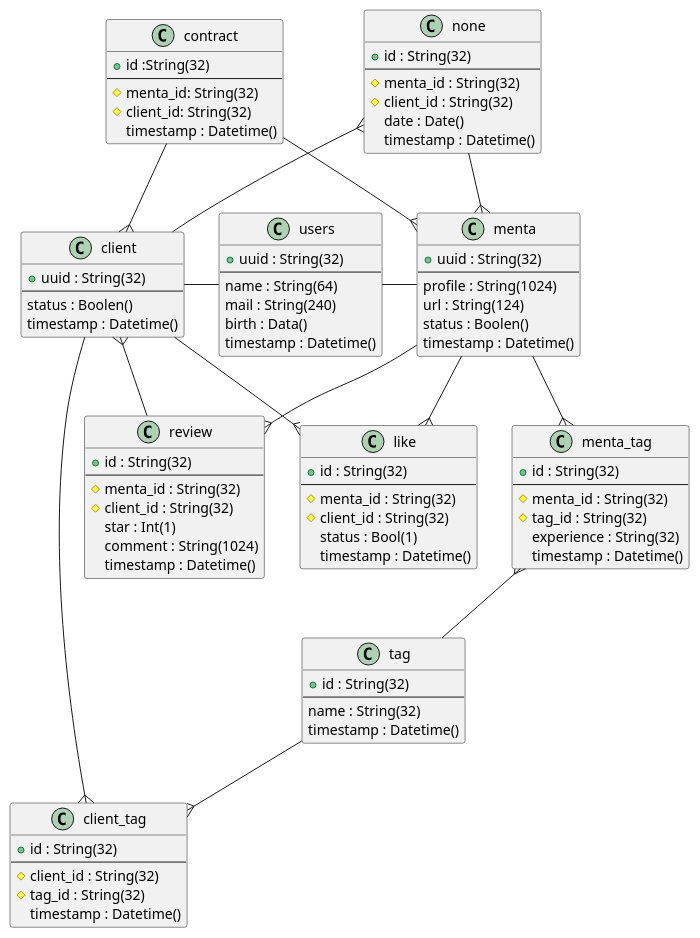
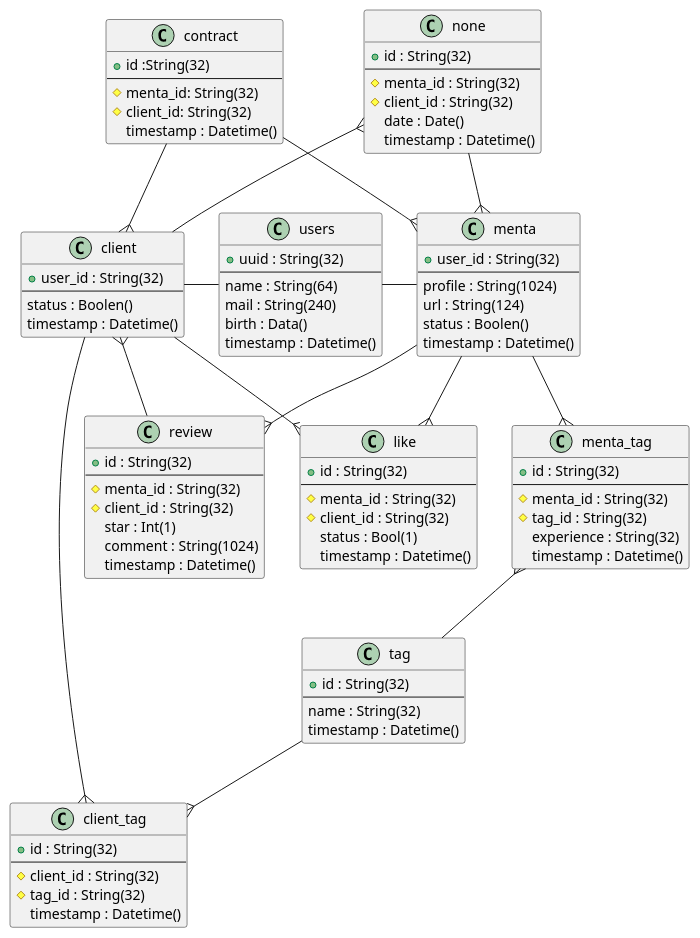
Before and after one commit to mitsuYashi/Mynt: the diagram in er.pu, drawn with PlantUML.

Commit message:
fix:db設計変更

```diff
--- a/er.pu
+++ b/er.pu
@@ -1,150 +1,150 @@
 @startuml ER
 
 class users {
     + uuid : String(32)
     ---
     name : String(64)
     mail : String(240)
     birth : Data()
     timestamp : Datetime()
 }
 /'
     全ユーザー
     birth: 誕生日
 '/
 
 class client {
-    + uuid : String(32)
+    + user_id : String(32)
     ---
     status : Boolen()
     timestamp : Datetime()
 }
 /'
     クライアント
     status: 有効状態
     false or true
 '/
 
 class menta {
-    + uuid : String(32)
+    + user_id : String(32)
     ---
     profile : String(1024)
     url : String(124)
     status : Boolen()
     timestamp : Datetime()
 }
 /'
     メンター
 
     profile: ポートフォリオ
     url:  youtube url
     status: 有効状態
     
     終了条件をプロフィールに明示する
     完了せずに契約終了した場合返金処理
 '/
 
 class review {
     + id : String(32)
     ---
     # menta_id : String(32)
     # client_id : String(32)
     star : Int(1)
     comment : String(1024)
     timestamp : Datetime()
 }
 
 class tag {
     + id : String(32)
     ---
     name : String(32)
     timestamp : Datetime()
 }
 /'
     分野
 '/
 
 class client_tag {
     + id : String(32)
     ---
     # client_id : String(32)
     # tag_id : String(32)
     timestamp : Datetime()
 }
 /'
     clientとタグの関連付け
 '/  
 
 class menta_tag {
     + id : String(32)
     ---
     # menta_id : String(32)
     # tag_id : String(32)
     experience : String(32)
     timestamp : Datetime()
 }
 
 class like {
     ' 契約前
     + id : String(32)
     ---
     # menta_id : String(32)
     # client_id : String(32)
     status : Bool(1)
     timestamp : Datetime()
 }
 /'
     契約前
     menta_id: サービス提供者
     client_id: 依頼者
     status: 1で有効0で無効
 '/
 
 class contract {
     + id :String(32)
     ---
     # menta_id: String(32)
     # client_id: String(32)
     timestamp : Datetime()
 }
 /'
     契約済み
 '/
 
 class none {
     + id : String(32)
     ---
     # menta_id : String(32)
     # client_id : String(32)
     date : Date()
     timestamp : Datetime()
 }
 /'
     noneされた人
     一か月表示しない
 '/
 
 ' class creditcard {
 '     # client_id : String(32)
 '     number : String(32)
 '     name : String(128)
 '     limit : String(16)
 '     code : String(4)
 ' }
 
 client - users
 users - menta
 client --{ like
 menta --{ like
 contract --{ client
 contract --{ menta
 none }-- client
 none --{ menta
 tag --{ client_tag
 menta_tag }-- tag
 client -{ client_tag
 menta --{ menta_tag
 client }-- review 
 menta --{ review
 ' creditcard }-- client
 @enduml
```
